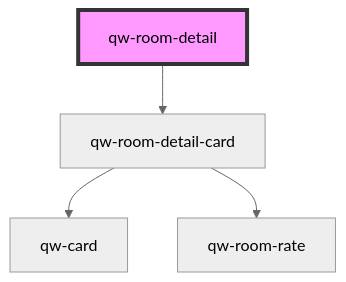
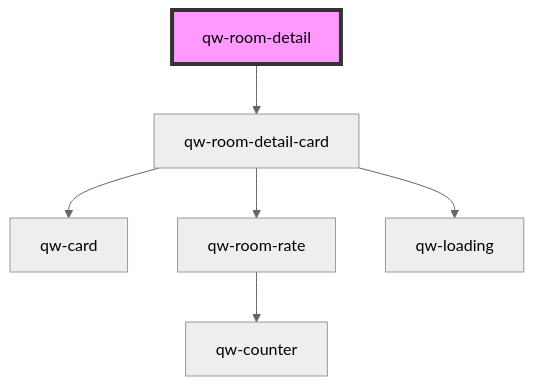
Before and after one commit to qwentes-team/qw-hotels: the diagram in src/components/qw-room-detail/readme.md, drawn with Mermaid (neutral theme). The commit also changed 6 other files, not shown here.

````diff
--- a/src/components/qw-room-detail/readme.md
+++ b/src/components/qw-room-detail/readme.md
@@ -29,7 +29,9 @@
 ```mermaid
 graph TD;
   qw-room-detail --> qw-room-detail-card
   qw-room-detail-card --> qw-card
   qw-room-detail-card --> qw-room-rate
+  qw-room-detail-card --> qw-loading
+  qw-room-rate --> qw-counter
   style qw-room-detail fill:#f9f,stroke:#333,stroke-width:4px
 ```
````
